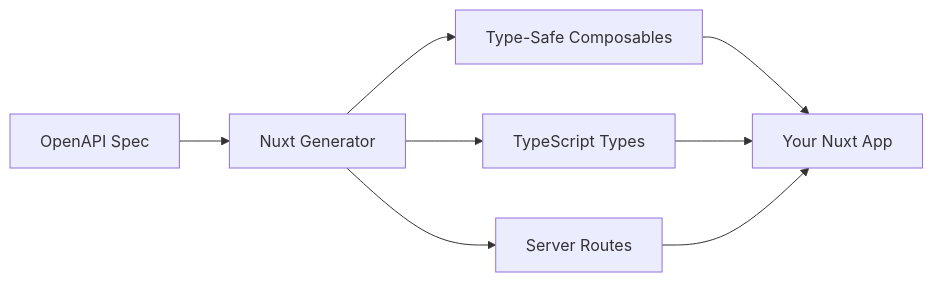
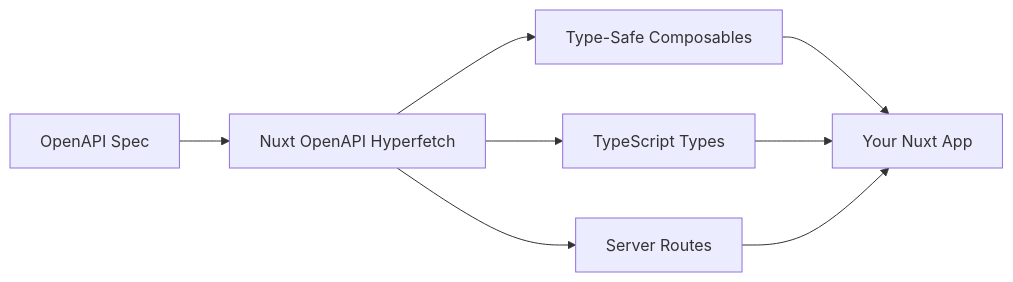
One commit to dmartindiaz/nuxt-openapi-hyperfetch-docs changed the first of 2 diagrams in guide/what-is-nuxt-openapi-hyperfetch.md. Above: the diagram before and after it, drawn with Mermaid. The commit also changed other lines of this file and 9 other files, not shown here.

````diff
--- a/guide/what-is-nuxt-openapi-hyperfetch.md
+++ b/guide/what-is-nuxt-openapi-hyperfetch.md
@@ -20,10 +20,10 @@
 ```mermaid
 graph LR
-    A[OpenAPI Spec] --> B[Nuxt Generator]
+    A[OpenAPI Spec] --> B[Nuxt OpenAPI Hyperfetch]
     B --> C[Type-Safe Composables]
     B --> D[TypeScript Types]
     B --> E[Server Routes]
     C --> F[Your Nuxt App]
     D --> F
     E --> F
 ```
````
